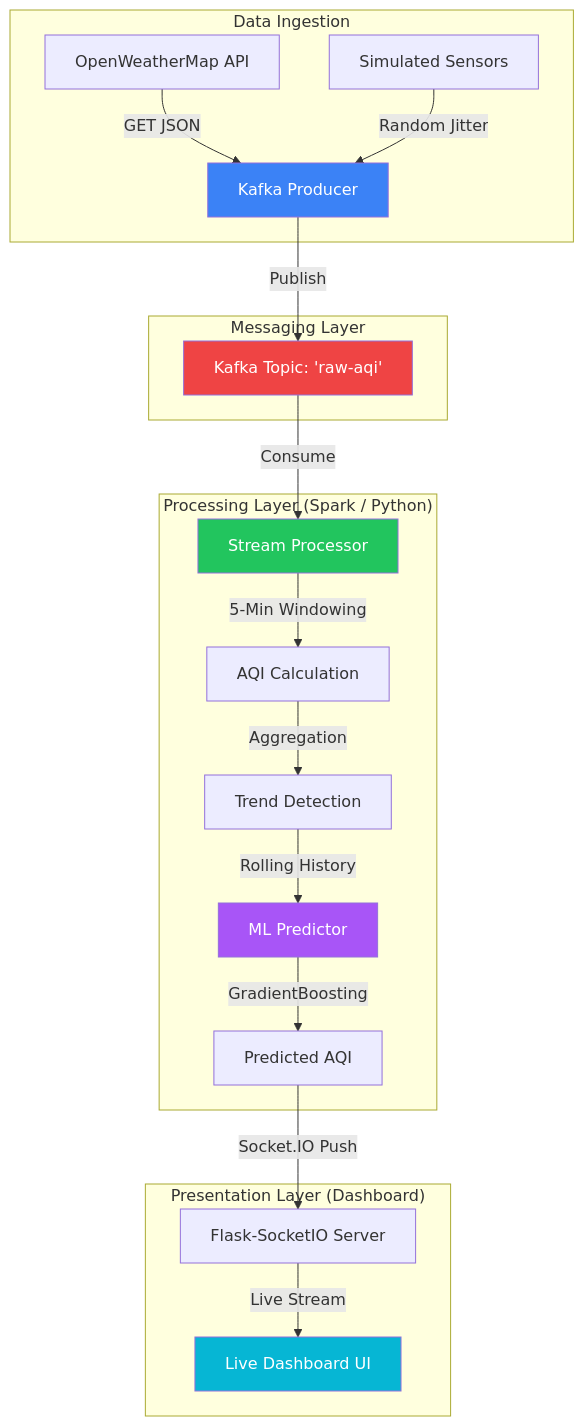
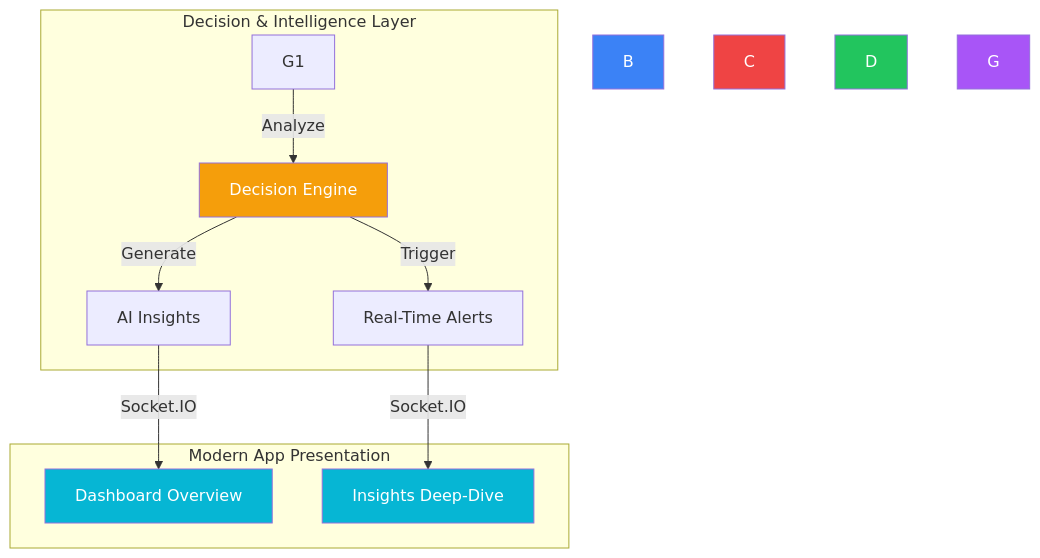
Before and after one commit to KUMARESAN-MS/Live-Air-Quality-Monitoring: the diagram in README.md, drawn with Mermaid. The commit also changed other lines of this file and 9 other files, not shown here.

````diff
--- a/README.md
+++ b/README.md
@@ -9,30 +9,21 @@
 ```mermaid
 graph TD
-    subgraph "Data Ingestion"
-        A[OpenWeatherMap API] -->|GET JSON| B[Kafka Producer]
-        S[Simulated Sensors] -->|Random Jitter| B
+    subgraph "Decision & Intelligence Layer"
+        G1 -->|Analyze| DE[Decision Engine]
+        DE -->|Generate| I[AI Insights]
+        DE -->|Trigger| J[Real-Time Alerts]
     end
 
-    subgraph "Messaging Layer"
-        B -->|Publish| C[Kafka Topic: 'raw-aqi']
-    end
-
-    subgraph "Processing Layer (Spark / Python)"
-        C -->|Consume| D[Stream Processor]
-        D -->|5-Min Windowing| E[AQI Calculation]
-        E -->|Aggregation| F[Trend Detection]
-        F -->|Rolling History| G[ML Predictor]
-        G -->|GradientBoosting| G1[Predicted AQI]
-    end
-
-    subgraph "Presentation Layer (Dashboard)"
-        G1 -->|Socket.IO Push| H[Flask-SocketIO Server]
-        H -->|Live Stream| I[Live Dashboard UI]
+    subgraph "Modern App Presentation"
+        I -->|Socket.IO| K[Dashboard Overview]
+        J -->|Socket.IO| L[Insights Deep-Dive]
     end
 
     style B fill:#3b82f6,color:#fff
     style C fill:#ef4444,color:#fff
     style D fill:#22c55e,color:#fff
     style G fill:#a855f7,color:#fff
-    style I fill:#06b6d4,color:#fff
+    style DE fill:#f59e0b,color:#fff
+    style K fill:#06b6d4,color:#fff
+    style L fill:#06b6d4,color:#fff
 ```
````
